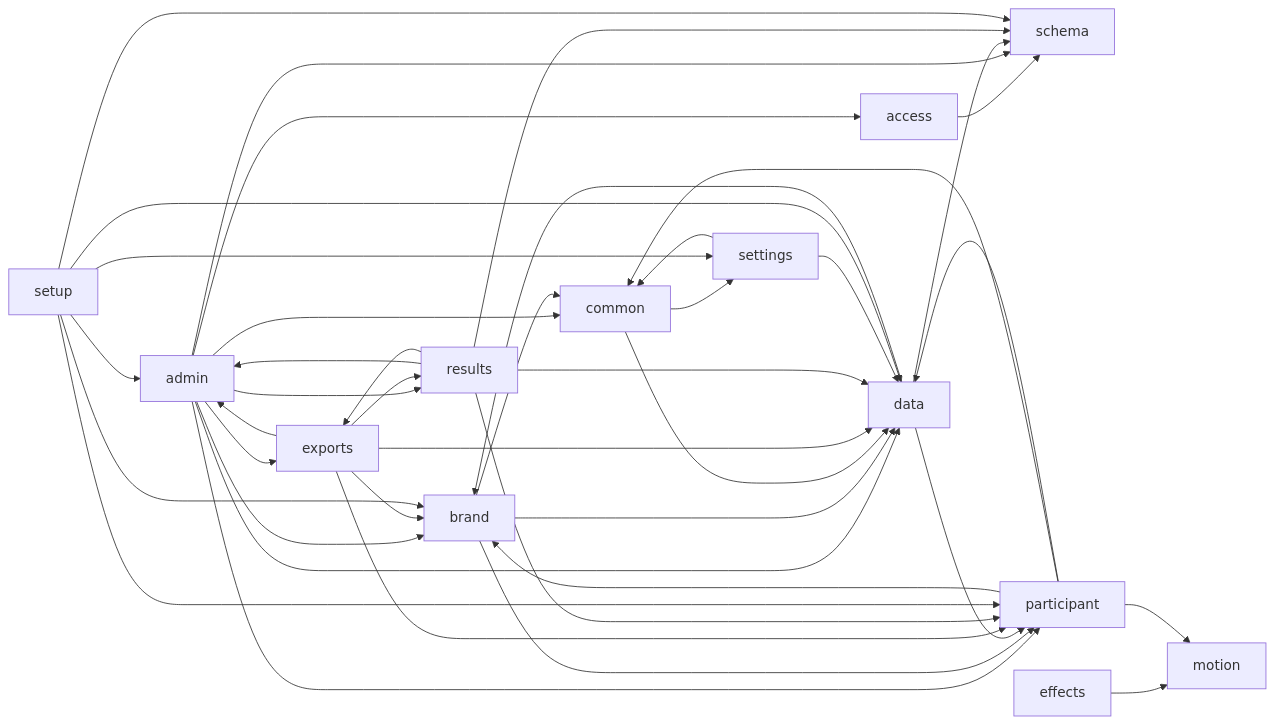
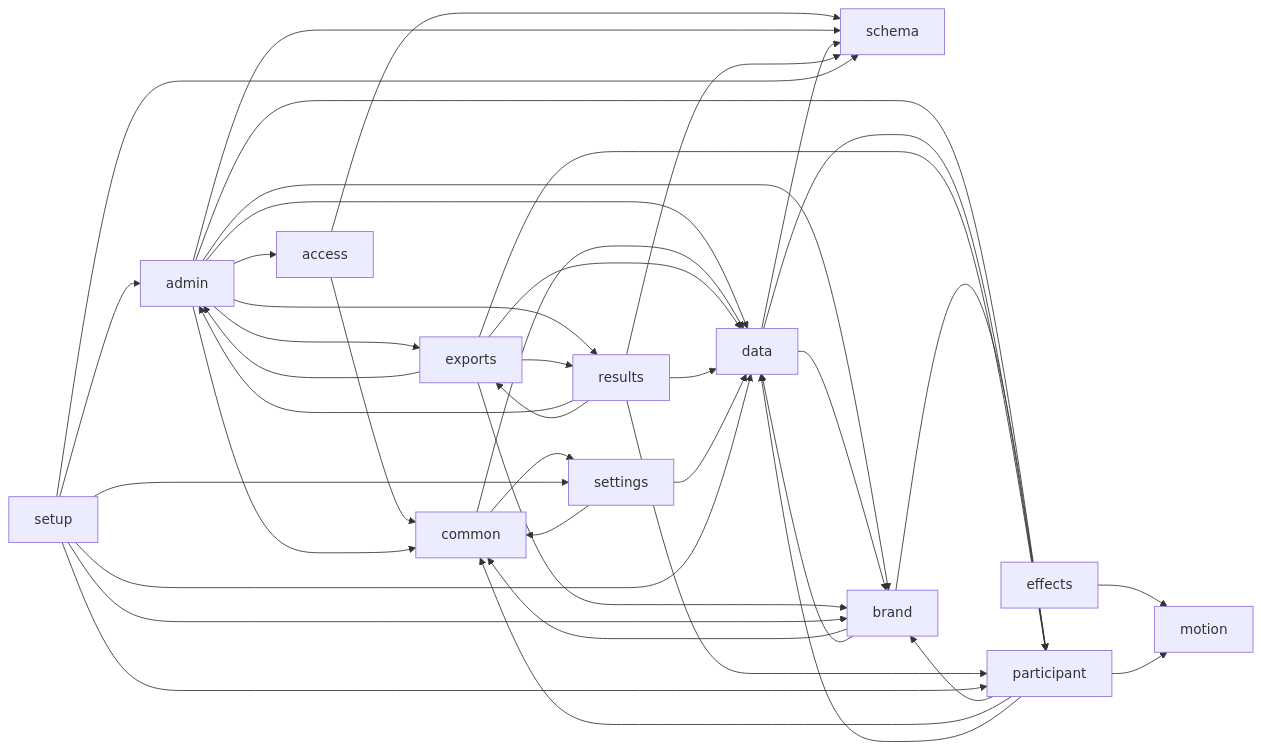
Before and after one commit to satyagames/pursuit-managed-services: the diagram in docs/MODULES.md, drawn with Mermaid. The commit also changed other lines of this file and 39 other files, not shown here.

````diff
--- a/docs/MODULES.md
+++ b/docs/MODULES.md
@@ -14,43 +14,44 @@
 ```mermaid
 flowchart LR
+  access --> common
   access --> schema
   admin --> access
   admin --> brand
   admin --> common
   admin --> data
   admin --> exports
   admin --> participant
   admin --> results
   admin --> schema
   brand --> common
   brand --> data
   brand --> participant
   common --> data
   common --> settings
   data --> brand
   data --> participant
   data --> schema
   effects --> motion
   exports --> admin
   exports --> brand
   exports --> data
   exports --> participant
   exports --> results
   participant --> brand
   participant --> common
   participant --> data
   participant --> motion
   results --> admin
   results --> data
   results --> exports
   results --> participant
   results --> schema
   settings --> common
   settings --> data
   setup --> admin
   setup --> brand
   setup --> data
   setup --> participant
   setup --> schema
   setup --> settings
 ```
````
